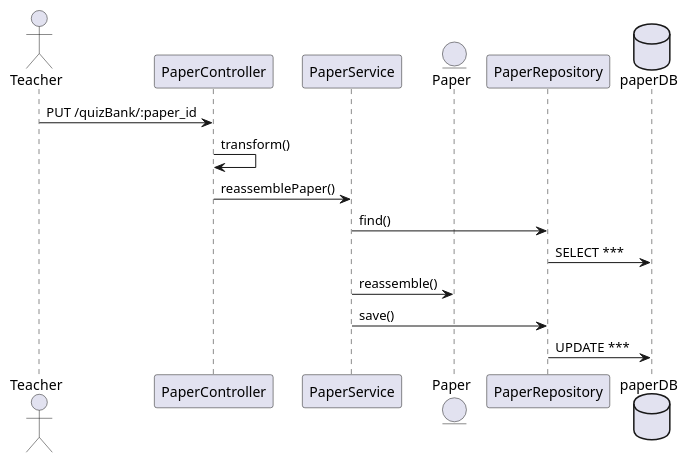
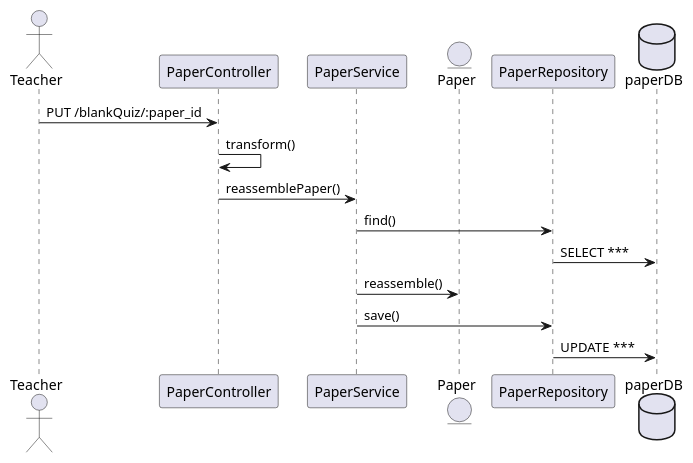
The diagram in exam-plantform/design/paper-seq-reassemble.puml (devripple/ddd), drawn with PlantUML before and after one commit. The commit also changed 68 other files, not shown here.

Commit message:
add blankQuiz & assemble paper context

```diff
--- a/exam-plantform/design/paper-seq-reassemble.puml
+++ b/exam-plantform/design/paper-seq-reassemble.puml
@@ -1,15 +1,15 @@
 @startuml
 actor Teacher
-Teacher -> PaperController : PUT /quizBank/:paper_id
+Teacher -> PaperController : PUT /blankQuiz/:paper_id
 PaperController -> PaperController: transform()
 PaperController -> PaperService : reassemblePaper()
 entity Paper
 PaperService -> PaperRepository: find()
 database paperDB
 PaperRepository -> paperDB: SELECT ***
 PaperService -> Paper : reassemble()
 PaperService -> PaperRepository: save()
 
 PaperRepository -> paperDB: UPDATE ***
 
 @enduml
```
